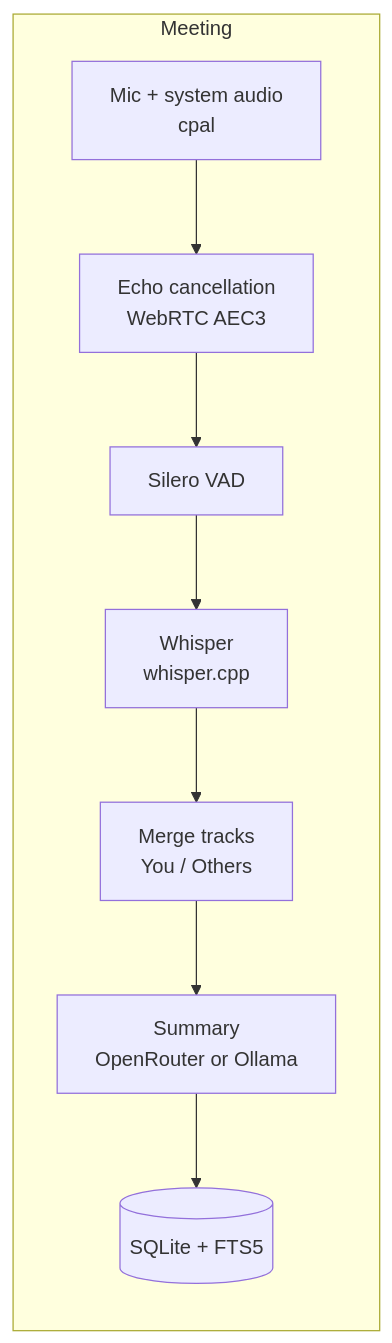
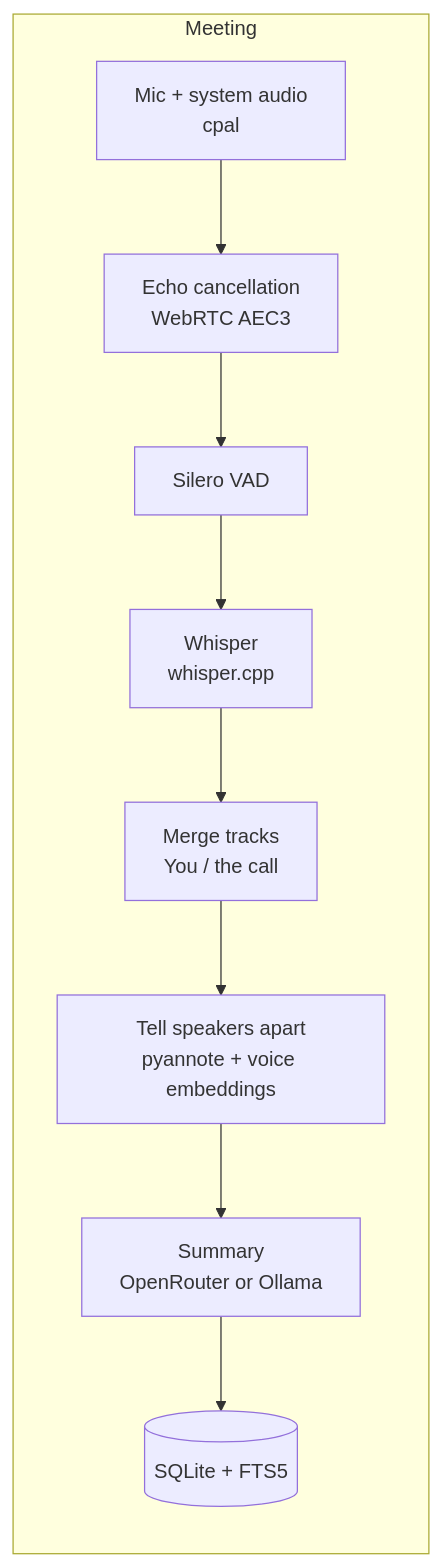
The first of 2 diagrams in README.md (fisherinnovation/quill), drawn with Mermaid before and after one commit. The commit also changed other lines of this file and 50 other files, not shown here.

First line of the commit message:
feat: tell the people on the call apart, and build installers

````diff
--- a/README.md
+++ b/README.md
@@ -229,11 +247,12 @@
 ```mermaid
 flowchart LR
     subgraph Meeting
         A[Mic + system audio<br/>cpal] --> B[Echo cancellation<br/>WebRTC AEC3]
         B --> C[Silero VAD]
         C --> D[Whisper<br/>whisper.cpp]
-        D --> E[Merge tracks<br/>You / Others]
-        E --> F[Summary<br/>OpenRouter or Ollama]
+        D --> E[Merge tracks<br/>You / the call]
+        E --> S[Tell speakers apart<br/>pyannote + voice embeddings]
+        S --> F[Summary<br/>OpenRouter or Ollama]
         F --> G[(SQLite + FTS5)]
     end
 ```
````
